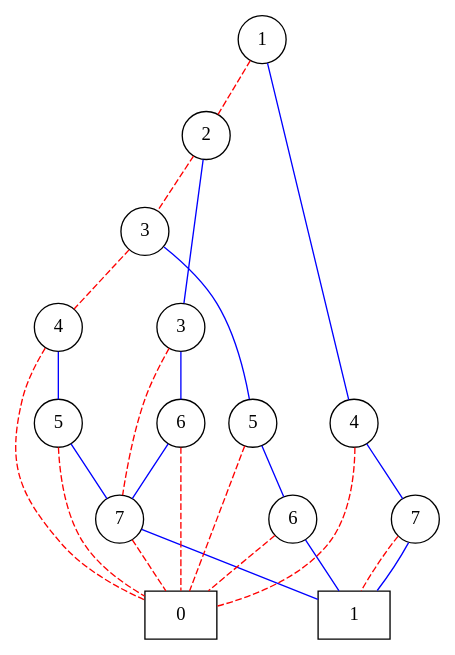
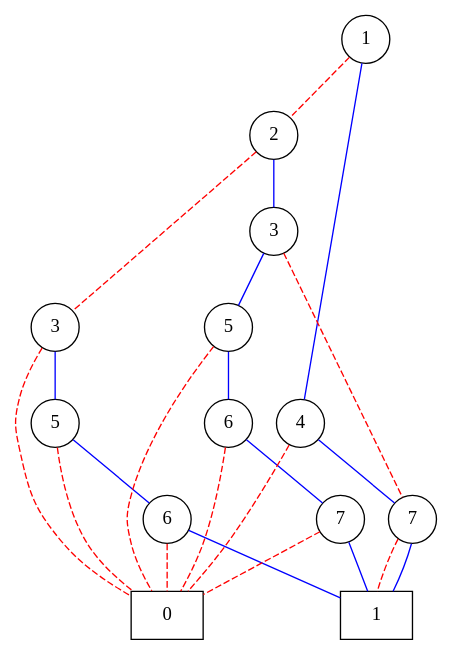
The diagram in data/ToZdd/test_output.dot (loiufam/Algorithm_DXD), drawn with Graphviz before and after one commit. The commit also changed 212 other files, not shown here.

```diff
--- a/data/ToZdd/test_output.dot
+++ b/data/ToZdd/test_output.dot
@@ -1,45 +1,42 @@
 digraph ZDD {
   rankdir=TB;
   node [shape=circle];
   edge [arrowhead=none];
 
   F [shape=box, label="0"];
   T [shape=box, label="1"];
 
   n14 [label="1"];
   n15 [label="2"];
   n16 [label="3"];
-  n17 [label="4"];
-  n18 [label="5"];
-  n19 [label="7"];
-  n19 -> F [style=dashed, color=red];
-  n19 -> T [style=solid, color=blue];
+  n17 [label="5"];
+  n18 [label="6"];
   n18 -> F [style=dashed, color=red];
-  n18 -> n19 [style=solid, color=blue];
+  n18 -> T [style=solid, color=blue];
   n17 -> F [style=dashed, color=red];
   n17 -> n18 [style=solid, color=blue];
-  n20 [label="5"];
-  n21 [label="6"];
+  n16 -> F [style=dashed, color=red];
+  n16 -> n17 [style=solid, color=blue];
+  n19 [label="3"];
+  n20 [label="7"];
+  n20 -> T [style=dashed, color=red];
+  n20 -> T [style=solid, color=blue];
+  n21 [label="5"];
+  n22 [label="6"];
+  n23 [label="7"];
+  n23 -> F [style=dashed, color=red];
+  n23 -> T [style=solid, color=blue];
+  n22 -> F [style=dashed, color=red];
+  n22 -> n23 [style=solid, color=blue];
   n21 -> F [style=dashed, color=red];
-  n21 -> T [style=solid, color=blue];
-  n20 -> F [style=dashed, color=red];
-  n20 -> n21 [style=solid, color=blue];
-  n16 -> n17 [style=dashed, color=red];
-  n16 -> n20 [style=solid, color=blue];
-  n22 [label="3"];
-  n23 [label="6"];
-  n23 -> F [style=dashed, color=red];
-  n23 -> n19 [style=solid, color=blue];
-  n22 -> n19 [style=dashed, color=red];
-  n22 -> n23 [style=solid, color=blue];
+  n21 -> n22 [style=solid, color=blue];
+  n19 -> n20 [style=dashed, color=red];
+  n19 -> n21 [style=solid, color=blue];
   n15 -> n16 [style=dashed, color=red];
-  n15 -> n22 [style=solid, color=blue];
+  n15 -> n19 [style=solid, color=blue];
   n24 [label="4"];
-  n25 [label="7"];
-  n25 -> T [style=dashed, color=red];
-  n25 -> T [style=solid, color=blue];
   n24 -> F [style=dashed, color=red];
-  n24 -> n25 [style=solid, color=blue];
+  n24 -> n20 [style=solid, color=blue];
   n14 -> n15 [style=dashed, color=red];
   n14 -> n24 [style=solid, color=blue];
 }
```
